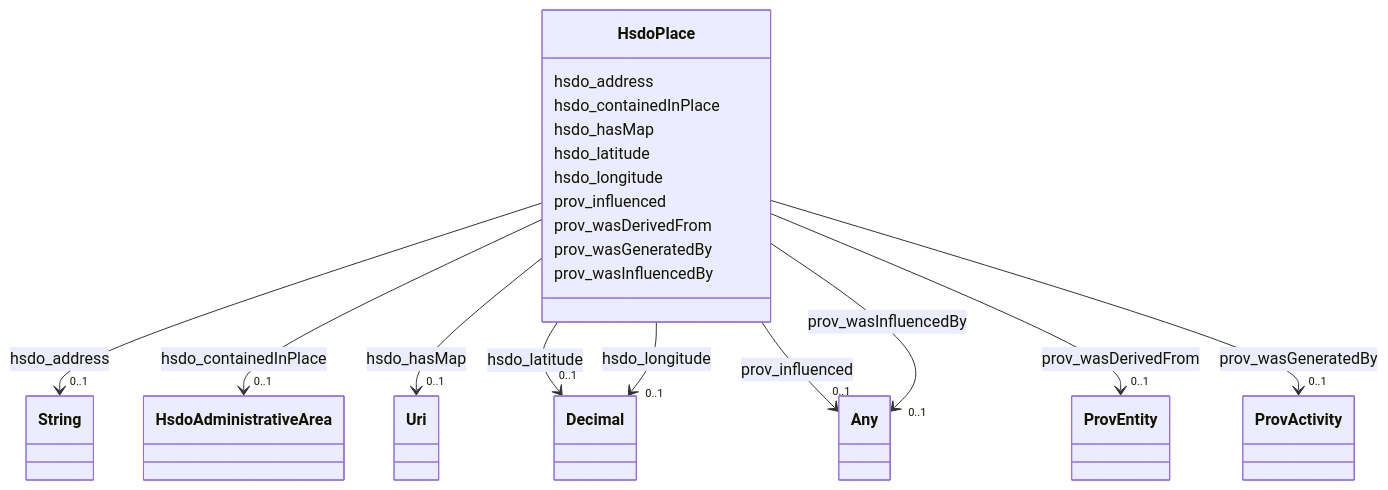
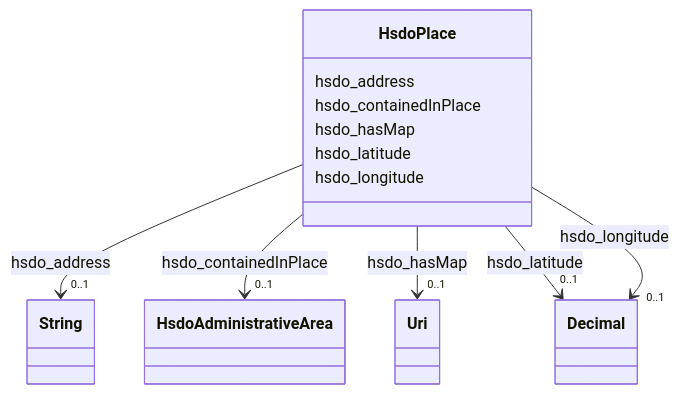
Before and after one commit to frink-okn/graph-descriptions: the diagram in dream-kg/classes/HsdoPlace.md, drawn with Mermaid. The commit also changed other lines of this file and 47 other files, not shown here.

````diff
--- a/dream-kg/classes/HsdoPlace.md
+++ b/dream-kg/classes/HsdoPlace.md
@@ -65,41 +65,5 @@
     click Decimal href "../Decimal"
 
         
-      HsdoPlace : prov_influenced
-        
-          
-    
-    
-    HsdoPlace --> "0..1" Any : prov_influenced
-    click Any href "../Any"
-
-        
-      HsdoPlace : prov_wasDerivedFrom
-        
-          
-    
-    
-    HsdoPlace --> "0..1" ProvEntity : prov_wasDerivedFrom
-    click ProvEntity href "../ProvEntity"
-
-        
-      HsdoPlace : prov_wasGeneratedBy
-        
-          
-    
-    
-    HsdoPlace --> "0..1" ProvActivity : prov_wasGeneratedBy
-    click ProvActivity href "../ProvActivity"
-
-        
-      HsdoPlace : prov_wasInfluencedBy
-        
-          
-    
-    
-    HsdoPlace --> "0..1" Any : prov_wasInfluencedBy
-    click Any href "../Any"
-
-        
       
 ```
````
